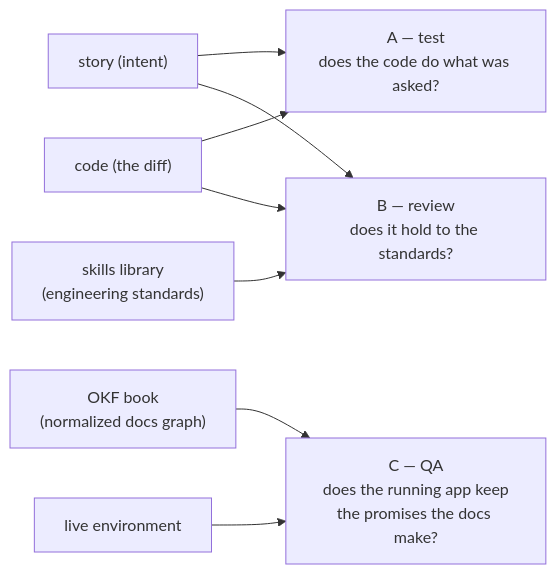
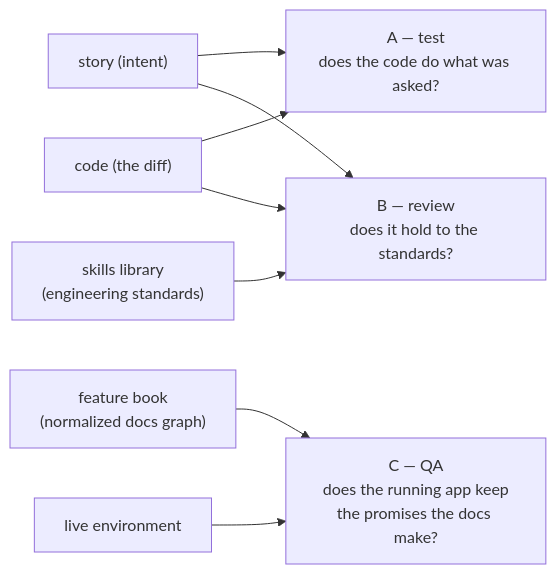
One commit to GabrielCpp/stablemate changed the diagram in README.md. Above: the diagram before and after it, drawn with Mermaid. The commit also changed other lines of this file and 1 other file, not shown here.

First line of the commit message:
docs: describe the book behind QA and the audit that grounds it

````diff
--- a/README.md
+++ b/README.md
@@ -42,16 +66,16 @@
 ```mermaid
 flowchart LR
     story["story (intent)"]
     code["code (the diff)"]
     skills["skills library<br/>(engineering standards)"]
-    okf["OKF book<br/>(normalized docs graph)"]
+    okf["feature book<br/>(normalized docs graph)"]
     live["live environment"]
 
     story --> A["A — test<br/>does the code do what was asked?"]
     code --> A
     code --> B["B — review<br/>does it hold to the standards?"]
     story --> B
     skills --> B
     okf --> C["C — QA<br/>does the running app keep<br/>the promises the docs make?"]
     live --> C
 ```
````
